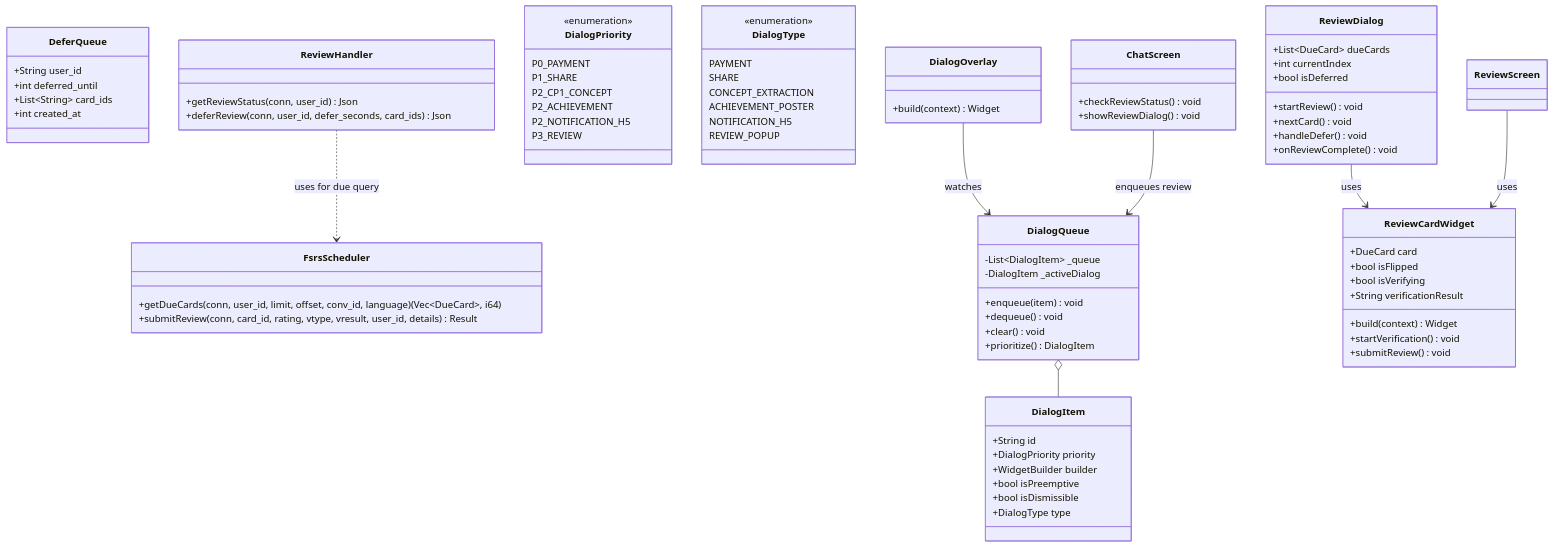
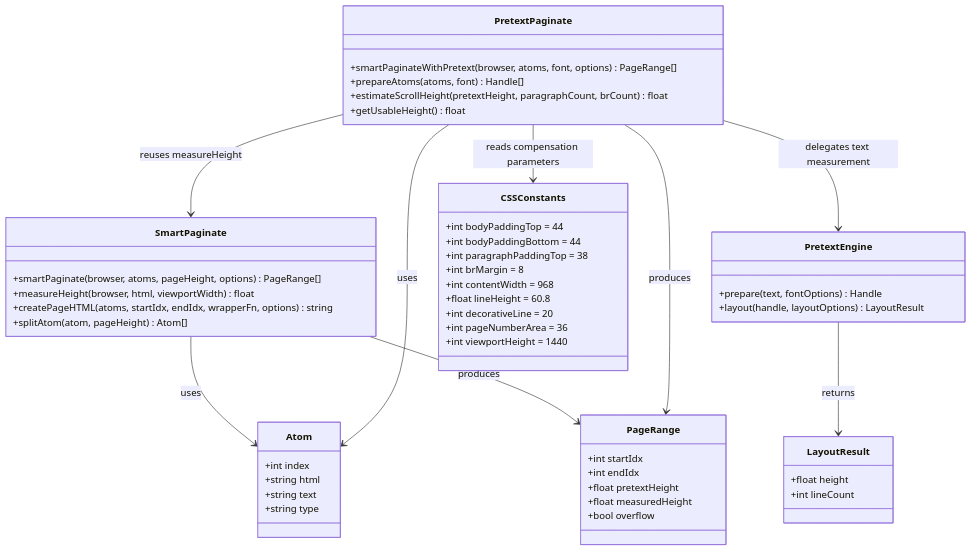
Before and after one commit to Big-Pi100/CoEvo: the diagram in docs/class-diagram.mermaid, drawn with Mermaid. The commit also changed 13 other files, not shown here.

```diff
--- a/docs/class-diagram.mermaid
+++ b/docs/class-diagram.mermaid
@@ -1,92 +1,60 @@
 classDiagram
-    class DeferQueue {
-        +String user_id
-        +int deferred_until
-        +List~String~ card_ids
-        +int created_at
+    class Atom {
+        +int index
+        +string html
+        +string text
+        +string type
     }
-
-    class ReviewHandler {
-        +getReviewStatus(conn, user_id) Json
-        +deferReview(conn, user_id, defer_seconds, card_ids) Json
+    
+    class PageRange {
+        +int startIdx
+        +int endIdx
+        +float pretextHeight
+        +float measuredHeight
+        +bool overflow
     }
-
-    class FsrsScheduler {
-        +getDueCards(conn, user_id, limit, offset, conv_id, language) (Vec~DueCard~, i64)
-        +submitReview(conn, card_id, rating, vtype, vresult, user_id, details) Result
+    
+    class SmartPaginate {
+        +smartPaginate(browser, atoms, pageHeight, options) PageRange[]
+        +measureHeight(browser, html, viewportWidth) float
+        +createPageHTML(atoms, startIdx, endIdx, wrapperFn, options) string
+        +splitAtom(atom, pageHeight) Atom[]
     }
-
-    ReviewHandler ..> FsrsScheduler : uses for due query
-
-    class DialogQueue {
-        -List~DialogItem~ _queue
-        -DialogItem _activeDialog
-        +enqueue(item) void
-        +dequeue() void
-        +clear() void
-        +prioritize() DialogItem
+    
+    class PretextPaginate {
+        +smartPaginateWithPretext(browser, atoms, font, options) PageRange[]
+        +prepareAtoms(atoms, font) Handle[]
+        +estimateScrollHeight(pretextHeight, paragraphCount, brCount) float
+        +getUsableHeight() float
     }
-
-    class DialogItem {
-        +String id
-        +DialogPriority priority
-        +WidgetBuilder builder
-        +bool isPreemptive
-        +bool isDismissible
-        +DialogType type
+    
+    class PretextEngine {
+        +prepare(text, fontOptions) Handle
+        +layout(handle, layoutOptions) LayoutResult
     }
-
-    class DialogPriority {
-        <<enumeration>>
-        P0_PAYMENT
-        P1_SHARE
-        P2_CP1_CONCEPT
-        P2_ACHIEVEMENT
-        P2_NOTIFICATION_H5
-        P3_REVIEW
+    
+    class LayoutResult {
+        +float height
+        +int lineCount
     }
-
-    class DialogType {
-        <<enumeration>>
-        PAYMENT
-        SHARE
-        CONCEPT_EXTRACTION
-        ACHIEVEMENT_POSTER
-        NOTIFICATION_H5
-        REVIEW_POPUP
+    
+    class CSSConstants {
+        +int bodyPaddingTop = 44
+        +int bodyPaddingBottom = 44
+        +int paragraphPaddingTop = 38
+        +int brMargin = 8
+        +int contentWidth = 968
+        +float lineHeight = 60.8
+        +int decorativeLine = 20
+        +int pageNumberArea = 36
+        +int viewportHeight = 1440
     }
-
-    class ReviewDialog {
-        +List~DueCard~ dueCards
-        +int currentIndex
-        +bool isDeferred
-        +startReview() void
-        +nextCard() void
-        +handleDefer() void
-        +onReviewComplete() void
-    }
-
-    class ReviewCardWidget {
-        +DueCard card
-        +bool isFlipped
-        +bool isVerifying
-        +String verificationResult
-        +build(context) Widget
-        +startVerification() void
-        +submitReview() void
-    }
-
-    class DialogOverlay {
-        +build(context) Widget
-    }
-
-    class ChatScreen {
-        +checkReviewStatus() void
-        +showReviewDialog() void
-    }
-
-    DialogOverlay --> DialogQueue : watches
-    DialogQueue o-- DialogItem
-    ReviewDialog --> ReviewCardWidget : uses
-    ReviewScreen --> ReviewCardWidget : uses
-    ChatScreen --> DialogQueue : enqueues review
+    
+    SmartPaginate --> Atom : uses
+    SmartPaginate --> PageRange : produces
+    PretextPaginate --> Atom : uses
+    PretextPaginate --> PageRange : produces
+    PretextPaginate --> PretextEngine : delegates text measurement
+    PretextPaginate --> CSSConstants : reads compensation parameters
+    PretextPaginate --> SmartPaginate : reuses measureHeight
+    PretextEngine --> LayoutResult : returns
```
